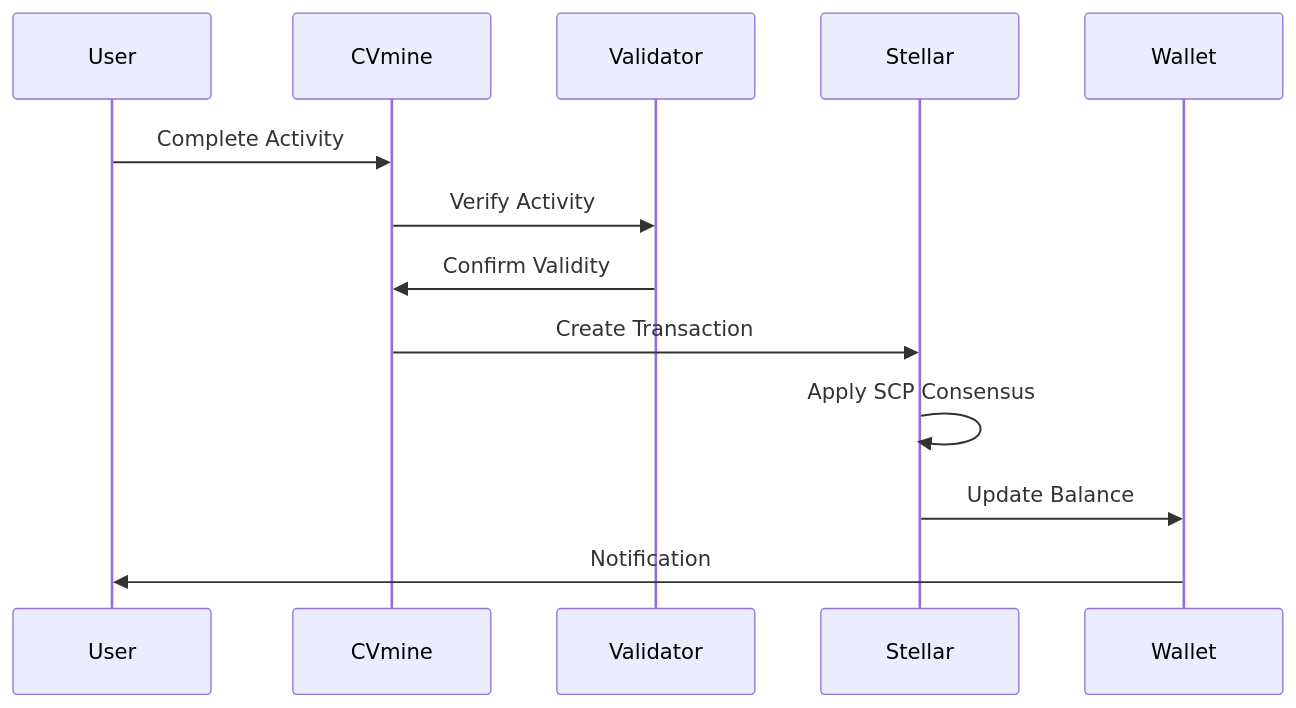
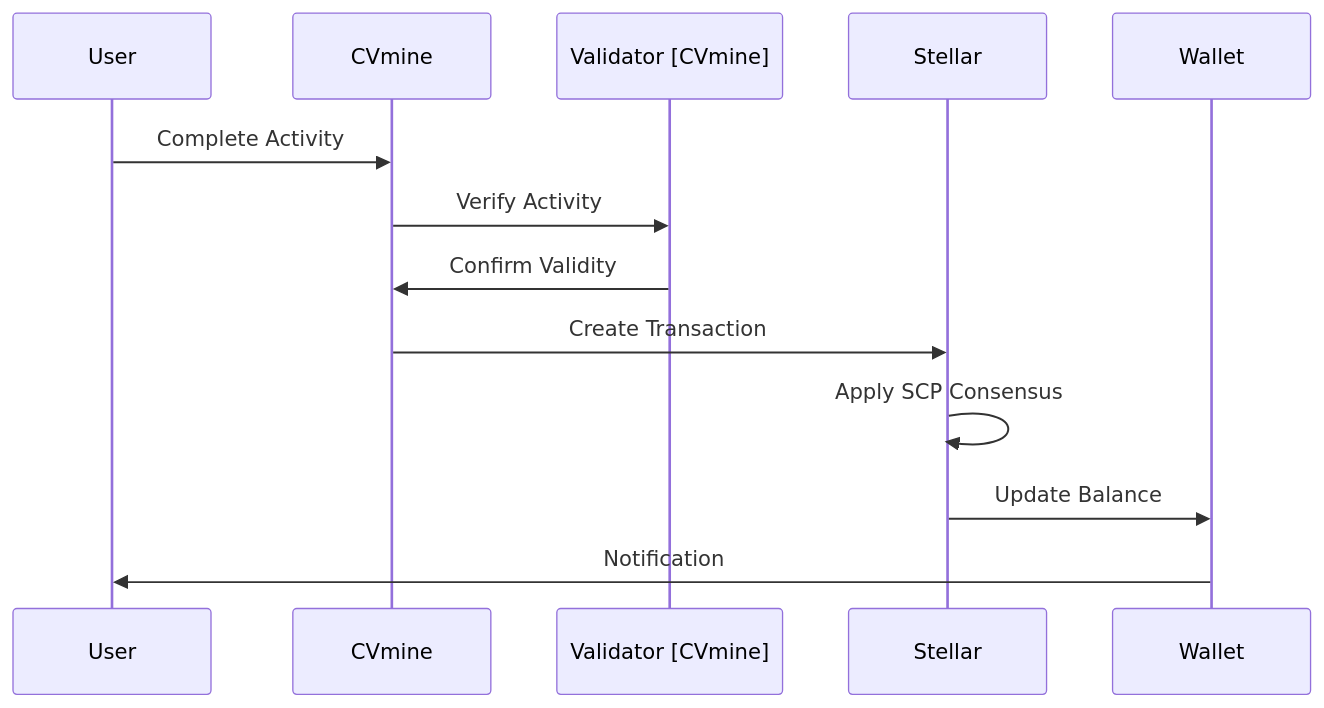
One commit to karthikhosur/italtoken changed the second of 17 diagrams in whitepaper.md. Above: the diagram before and after it, drawn with Mermaid. The commit also changed other lines of this file, not shown here.

````diff
--- a/whitepaper.md
+++ b/whitepaper.md
@@ -32,16 +32,16 @@
 ```mermaid
 sequenceDiagram
     participant User
     participant CVmine
-    participant Validator
+    participant Validator [CVmine]
     participant Stellar
     participant Wallet
     
     User->>CVmine: Complete Activity
-    CVmine->>Validator: Verify Activity
-    Validator->>CVmine: Confirm Validity
+    CVmine->>Validator [CVmine]: Verify Activity
+    Validator [CVmine]->>CVmine: Confirm Validity
     CVmine->>Stellar: Create Transaction
     Stellar->>Stellar: Apply SCP Consensus
     Stellar->>Wallet: Update Balance
     Wallet->>User: Notification
 ```
````
